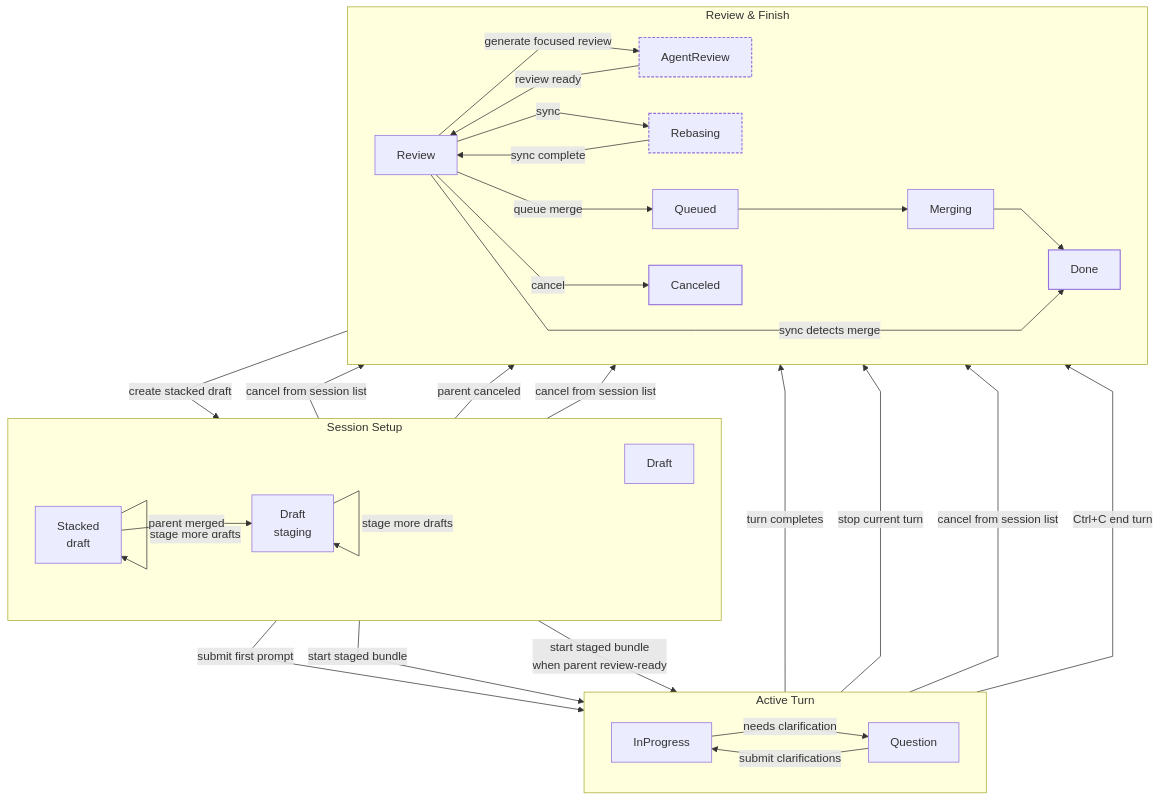
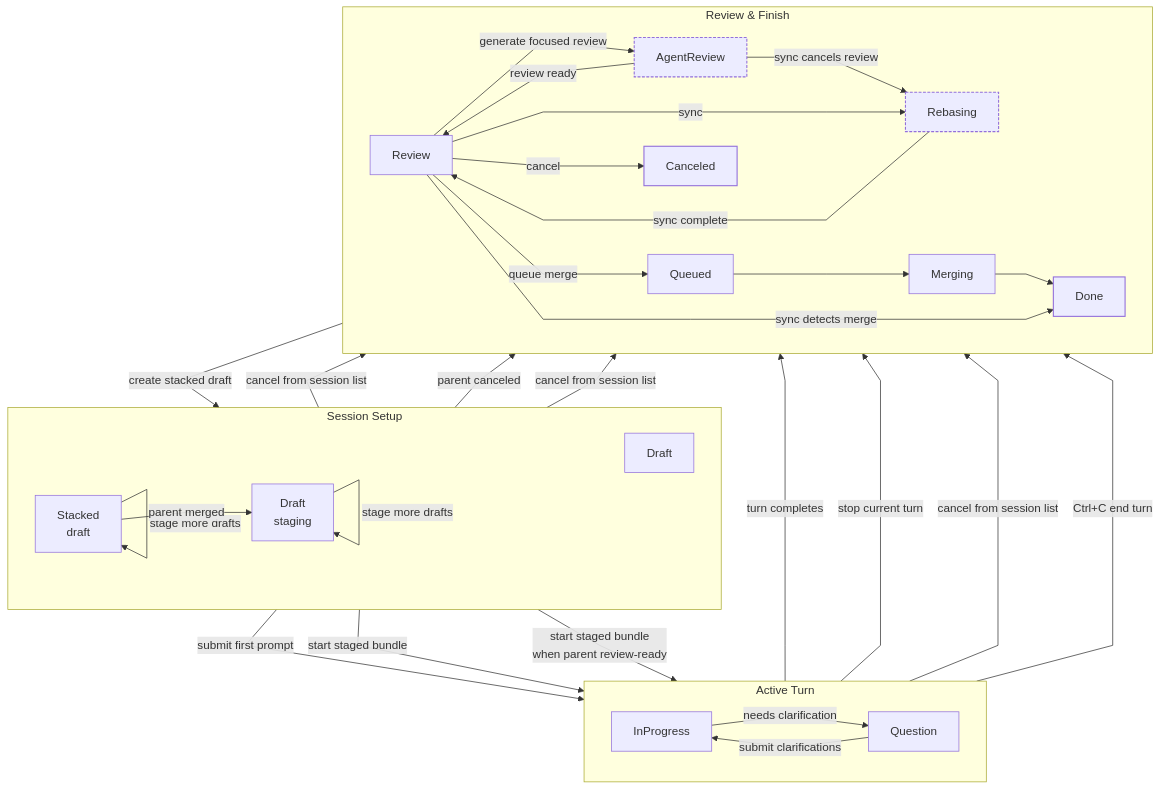
Before and after one commit to agentty-xyz/agentty: the diagram in docs/site/content/docs/usage/workflow.md, drawn with Mermaid. The commit also changed other lines of this file and 9 other files, not shown here.

First line of the commit message:
Allow sync from AgentReview and cancel pending focused review

````diff
--- a/docs/site/content/docs/usage/workflow.md
+++ b/docs/site/content/docs/usage/workflow.md
@@ -74,61 +79,62 @@
 ```mermaid
 %%{init: { "flowchart": { "curve": "linear" } } }%%
 flowchart TB
   classDef auxiliary stroke-dasharray: 4 2,stroke-width: 1.5px;
   classDef terminal stroke-width: 1.5px;
 
   subgraph start["Session Setup"]
     direction LR
     new_regular["Draft"]
     new_draft["Draft<br/>staging"]
     stacked_draft["Stacked<br/>draft"]
   end
 
   subgraph active["Active Turn"]
     direction LR
     in_progress["InProgress"]
     question["Question"]
   end
 
   subgraph finish["Review & Finish"]
     direction LR
     review["Review"]
     agent_review["AgentReview"]
     rebasing["Rebasing"]
     queued["Queued"]
     merging["Merging"]
     done["Done"]
     canceled["Canceled"]
   end
 
   new_regular -->|submit first prompt| in_progress
   new_draft -->|stage more drafts| new_draft
   new_draft -->|start staged bundle| in_progress
   new_draft -->|cancel from session list| canceled
   stacked_draft -->|stage more drafts| stacked_draft
   stacked_draft -->|start staged bundle<br/>when parent review-ready| in_progress
   stacked_draft -->|parent merged| new_draft
   stacked_draft -->|parent canceled| canceled
   stacked_draft -->|cancel from session list| canceled
 
   in_progress -->|turn completes| review
   in_progress -->|needs clarification| question
   in_progress -->|stop current turn| review
   in_progress -->|cancel from session list| canceled
   question -->|submit clarifications| in_progress
   question -->|Ctrl+C end turn| review
 
   review -->|generate focused review| agent_review
   review -->|create stacked draft| stacked_draft
   agent_review -->|review ready| review
+  agent_review -->|sync cancels review| rebasing
   review -->|sync| rebasing
   rebasing -->|sync complete| review
   review -->|queue merge| queued
   queued --> merging
   merging --> done
   review -->|cancel| canceled
   review -->|sync detects merge| done
 
   class agent_review,rebasing auxiliary
   class done,canceled terminal
 ```
````
